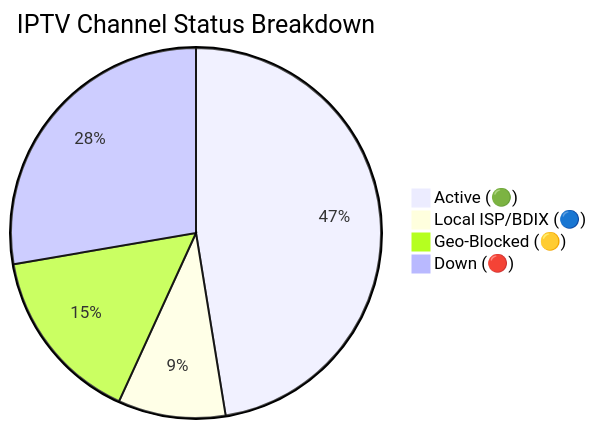
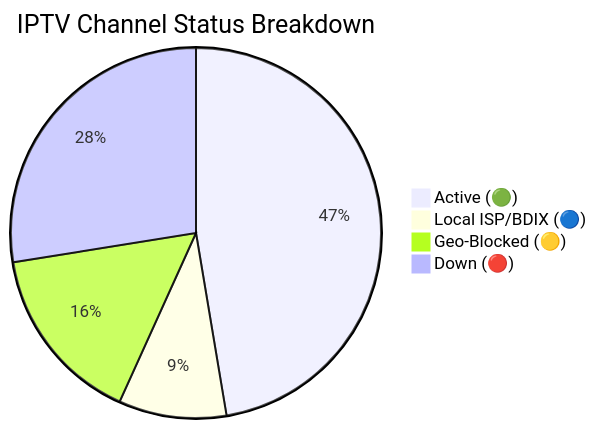
One commit to f6388600-ai/Web changed the diagram in README.md. Above: the diagram before and after it, drawn with Mermaid. The commit also changed other lines of this file and 6 other files, not shown here.

````diff
--- a/README.md
+++ b/README.md
@@ -149,7 +149,7 @@
 ```mermaid
 pie title IPTV Channel Status Breakdown
-    "Active (🟢)" : 8091
-    "Local ISP/BDIX (🔵)" : 1602
-    "Geo-Blocked (🟡)" : 2638
-    "Down (🔴)" : 4726
+    "Active (🟢)" : 8095
+    "Local ISP/BDIX (🔵)" : 1608
+    "Geo-Blocked (🟡)" : 2685
+    "Down (🔴)" : 4705
 ```
````
